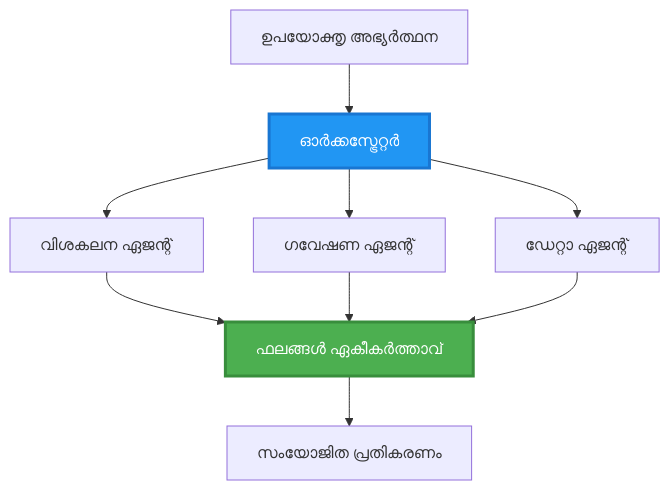
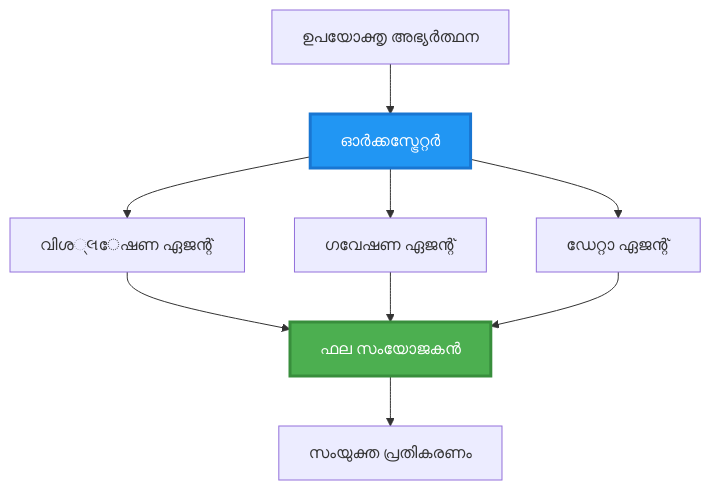
Before and after one commit to microsoft/AZD-for-beginners: the second of 6 diagrams in translations/ml/docs/chapter-06-pre-deployment/coordination-patterns.md, drawn with Mermaid. The commit also changed other lines of this file and 102 other files, not shown here.

````diff
--- a/translations/ml/docs/chapter-06-pre-deployment/coordination-patterns.md
+++ b/translations/ml/docs/chapter-06-pre-deployment/coordination-patterns.md
@@ -106,22 +100,22 @@
 ```mermaid
 graph TB
     User[ഉപയോക്തൃ അഭ്യർത്ഥന]
     Orchestrator[ഓർക്കസ്ട്രേറ്റർ]
-    Agent1[വിശകലന ഏജന്റ്]
+    Agent1[വിശ્લേഷണ ഏജന്റ്]
     Agent2[ഗവേഷണ ഏജന്റ്]
     Agent3[ഡേറ്റാ ഏജന്റ്]
-    Aggregator[ഫലങ്ങൾ ഏകീകർത്താവ്]
-    Response[സംയോജിത പ്രതികരണം]
+    Aggregator[ഫല സംയോജകൻ]
+    Response[സംയുക്ത പ്രതികരണം]
     
     User --> Orchestrator
     Orchestrator --> Agent1
     Orchestrator --> Agent2
     Orchestrator --> Agent3
     Agent1 --> Aggregator
     Agent2 --> Aggregator
     Agent3 --> Aggregator
     Aggregator --> Response
     
     style Orchestrator fill:#2196F3,stroke:#1976D2,stroke-width:3px,color:#fff
     style Aggregator fill:#4CAF50,stroke:#388E3C,stroke-width:3px,color:#fff
 ```
````
